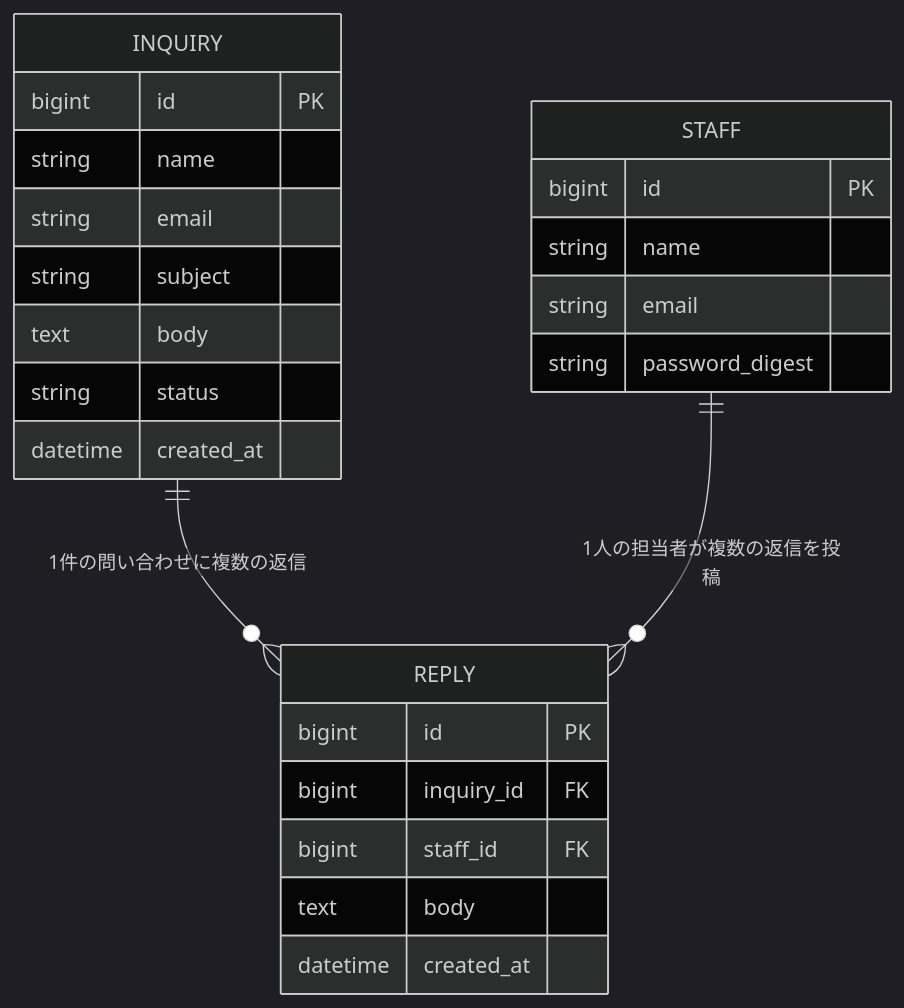
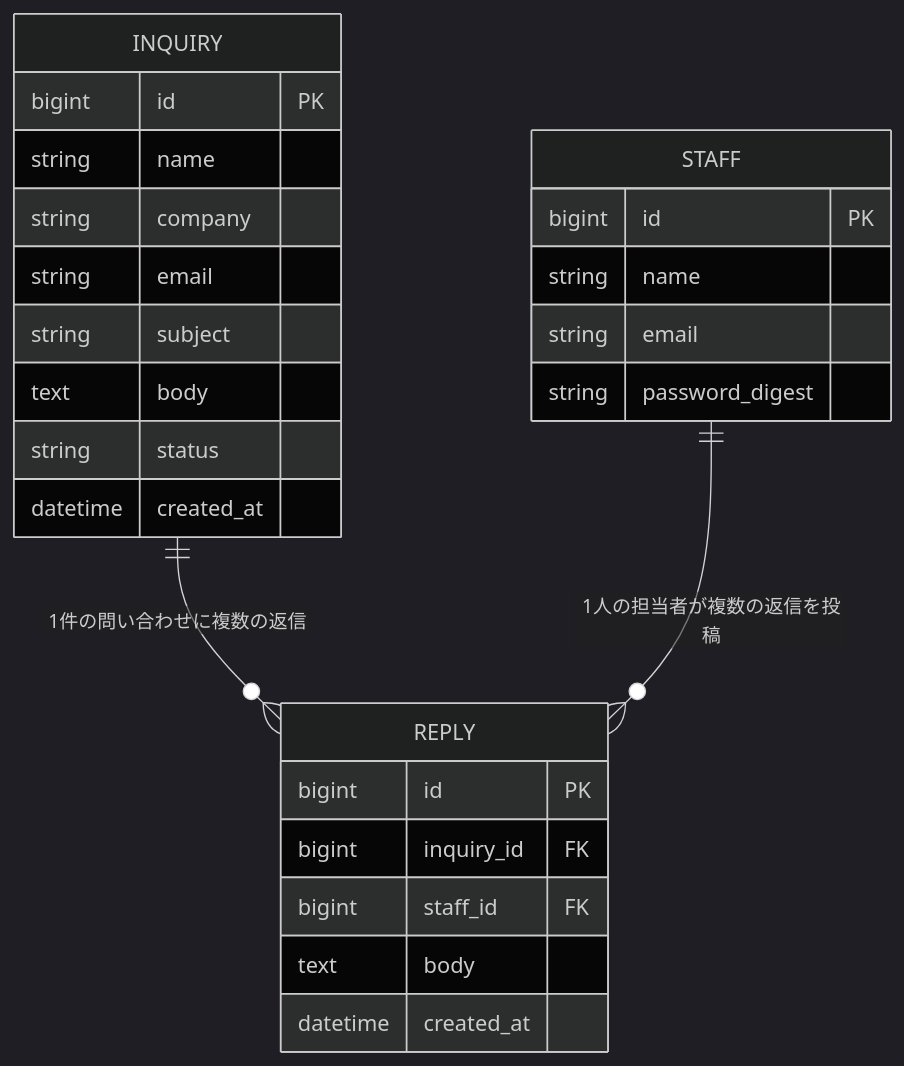
One commit to takahiromorikawa/InquiryManagement changed the diagram in docs/database.md. Above: the diagram before and after it, drawn with Mermaid (dark theme). The commit also changed other lines of this file and 13 other files, not shown here.

````diff
--- a/docs/database.md
+++ b/docs/database.md
@@ -46,28 +47,29 @@
 ```mermaid
 erDiagram
     INQUIRY ||--o{ REPLY : "1件の問い合わせに複数の返信"
     STAFF ||--o{ REPLY : "1人の担当者が複数の返信を投稿"
 
     INQUIRY {
         bigint id PK
         string name
+        string company
         string email
         string subject
         text body
         string status
         datetime created_at
     }
     REPLY {
         bigint id PK
         bigint inquiry_id FK
         bigint staff_id FK
         text body
         datetime created_at
     }
     STAFF {
         bigint id PK
         string name
         string email
         string password_digest
     }
 ```
````
